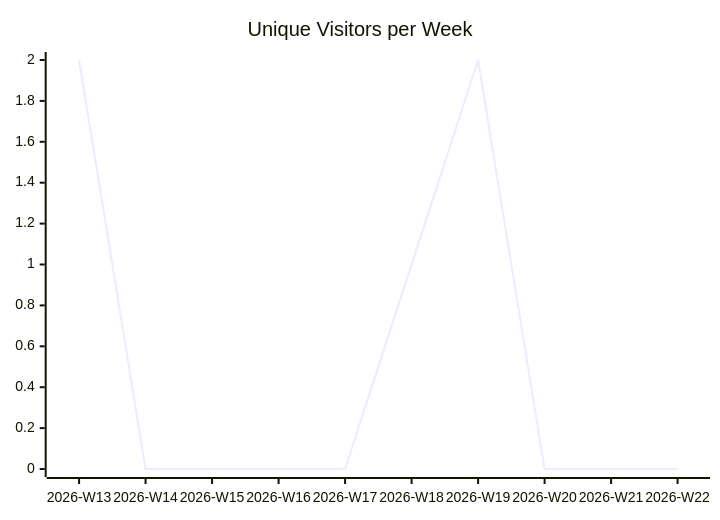
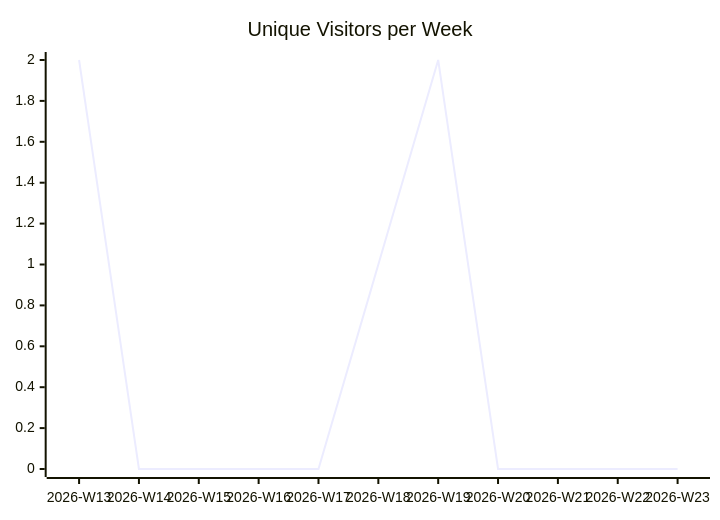
Before and after one commit to justdavis-family/github-analytics-data: the first of 3 diagrams in karlmdavis/kxml2/README.md, drawn with Mermaid. The commit also changed other lines of this file and 186 other files, not shown here.

````diff
--- a/karlmdavis/kxml2/README.md
+++ b/karlmdavis/kxml2/README.md
@@ -5,6 +5,6 @@
 ```mermaid
 xychart-beta
   title "Unique Visitors per Week"
-  x-axis ["2026-W13", "2026-W14", "2026-W15", "2026-W16", "2026-W17", "2026-W18", "2026-W19", "2026-W20", "2026-W21", "2026-W22"]
-  line [2, 0, 0, 0, 0, 1, 2, 0, 0, 0]
+  x-axis ["2026-W13", "2026-W14", "2026-W15", "2026-W16", "2026-W17", "2026-W18", "2026-W19", "2026-W20", "2026-W21", "2026-W22", "2026-W23"]
+  line [2, 0, 0, 0, 0, 1, 2, 0, 0, 0, 0]
 ```
````
